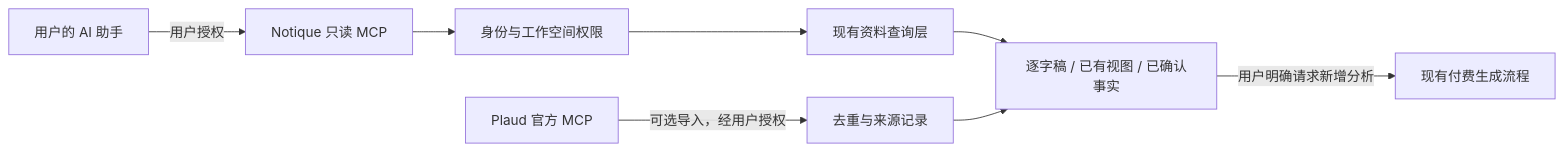
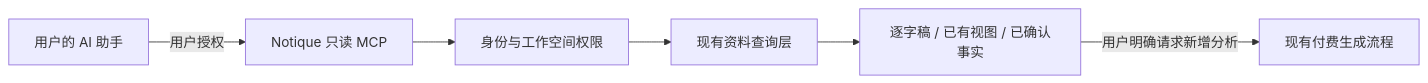
One commit to Astro-wen/notique-product-prototype changed the diagram in docs/MCP_STRATEGY.md. Above: the diagram before and after it, drawn with Mermaid. The commit also changed other lines of this file and 216 other files, not shown here.

````diff
--- a/docs/MCP_STRATEGY.md
+++ b/docs/MCP_STRATEGY.md
@@ -46,10 +46,8 @@
 ```mermaid
 flowchart LR
   U[用户的 AI 助手] -->|用户授权| M[Notique 只读 MCP]
   M --> A[身份与工作空间权限]
   A --> R[现有资料查询层]
   R --> D[逐字稿 / 已有视图 / 已确认事实]
-  P[Plaud 官方 MCP] -->|可选导入，经用户授权| I[去重与来源记录]
-  I --> D
   D -->|用户明确请求新增分析| G[现有付费生成流程]
 ```
````
